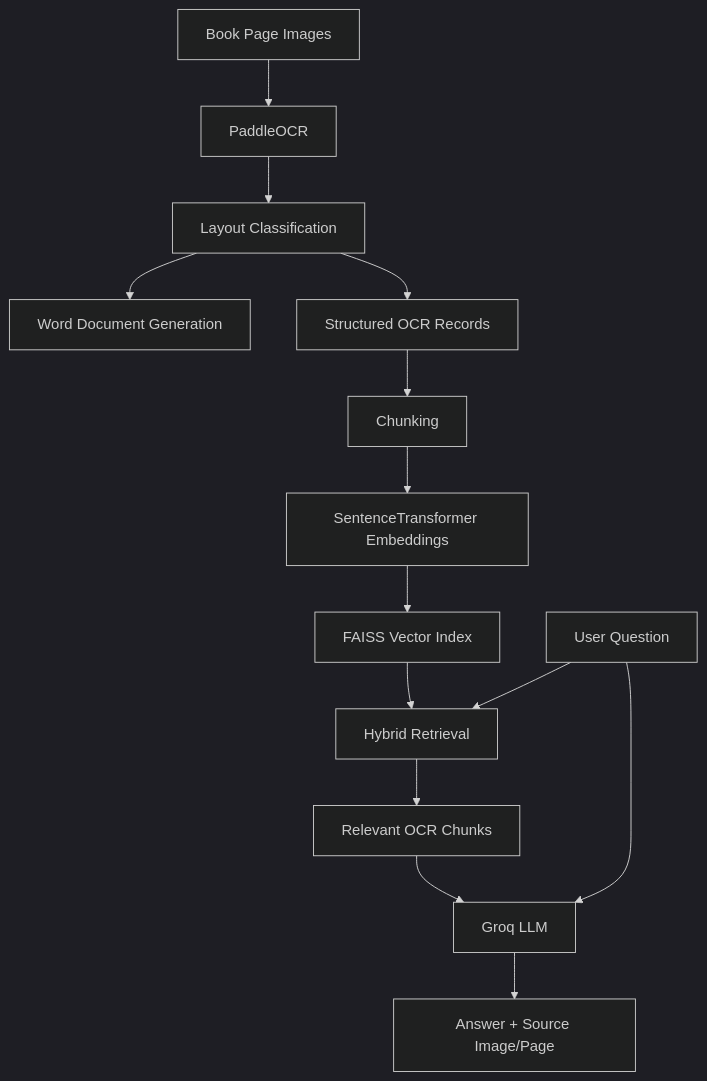
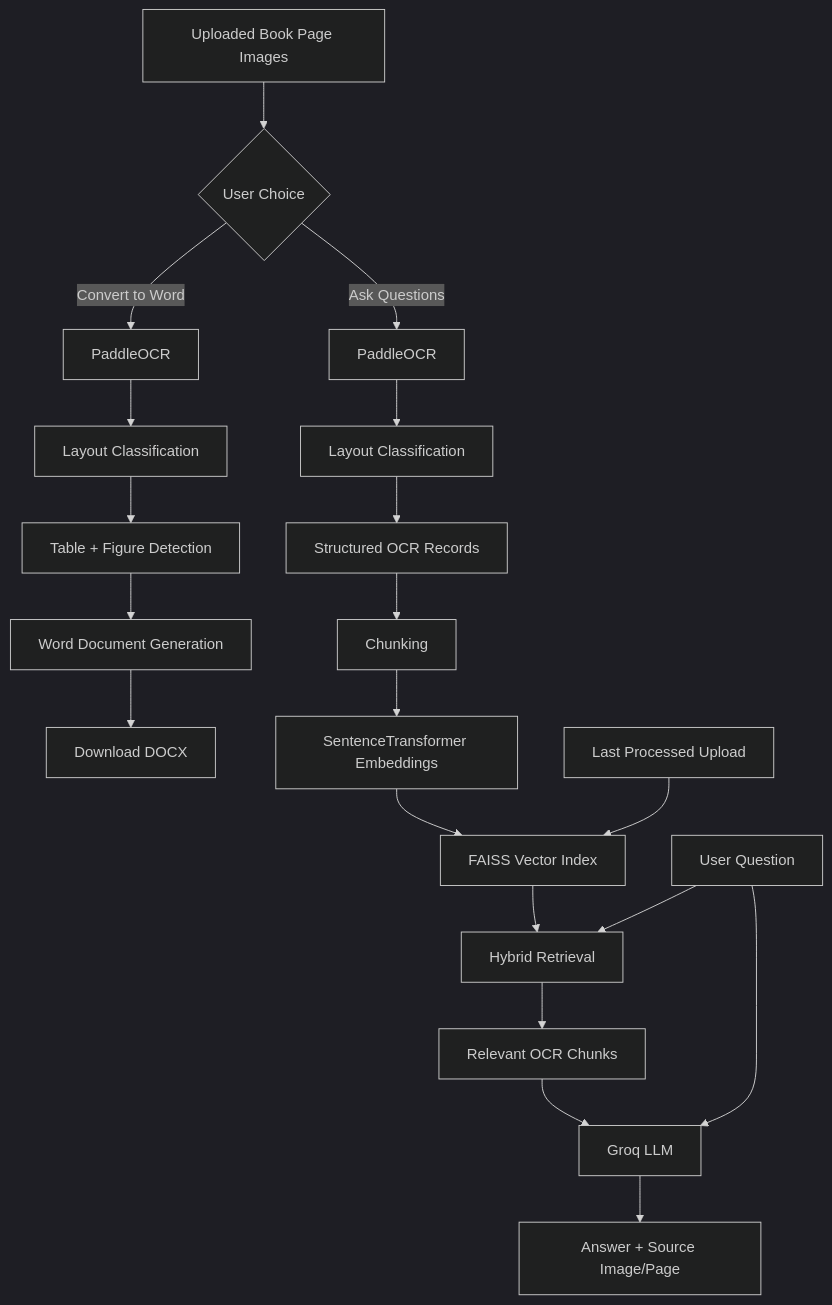
Before and after one commit to sharmeenaehsaan/intelligent-book-ocr-rag: the diagram in README.md, drawn with Mermaid (dark theme). The commit also changed other lines of this file, not shown here.

````diff
--- a/README.md
+++ b/README.md
@@ -44,16 +86,25 @@
 ```mermaid
 flowchart TD
-    A[Book Page Images] --> B[PaddleOCR]
-    B --> C[Layout Classification]
-    C --> D[Word Document Generation]
-    C --> E[Structured OCR Records]
-    E --> F[Chunking]
-    F --> G[SentenceTransformer Embeddings]
-    G --> H[FAISS Vector Index]
-    I[User Question] --> J[Hybrid Retrieval]
-    H --> J
-    J --> K[Relevant OCR Chunks]
-    K --> L[Groq LLM]
-    I --> L
-    L --> M[Answer + Source Image/Page]
+    A[Uploaded Book Page Images] --> B{User Choice}
+
+    B -->|Convert to Word| C[PaddleOCR]
+    C --> D[Layout Classification]
+    D --> E[Table + Figure Detection]
+    E --> F[Word Document Generation]
+    F --> G[Download DOCX]
+
+    B -->|Ask Questions| H[PaddleOCR]
+    H --> I[Layout Classification]
+    I --> J[Structured OCR Records]
+    J --> K[Chunking]
+    K --> L[SentenceTransformer Embeddings]
+    L --> M[FAISS Vector Index]
+    N[User Question] --> O[Hybrid Retrieval]
+    M --> O
+    O --> P[Relevant OCR Chunks]
+    P --> Q[Groq LLM]
+    N --> Q
+    Q --> R[Answer + Source Image/Page]
+
+    S[Last Processed Upload] --> M
 ```
````
